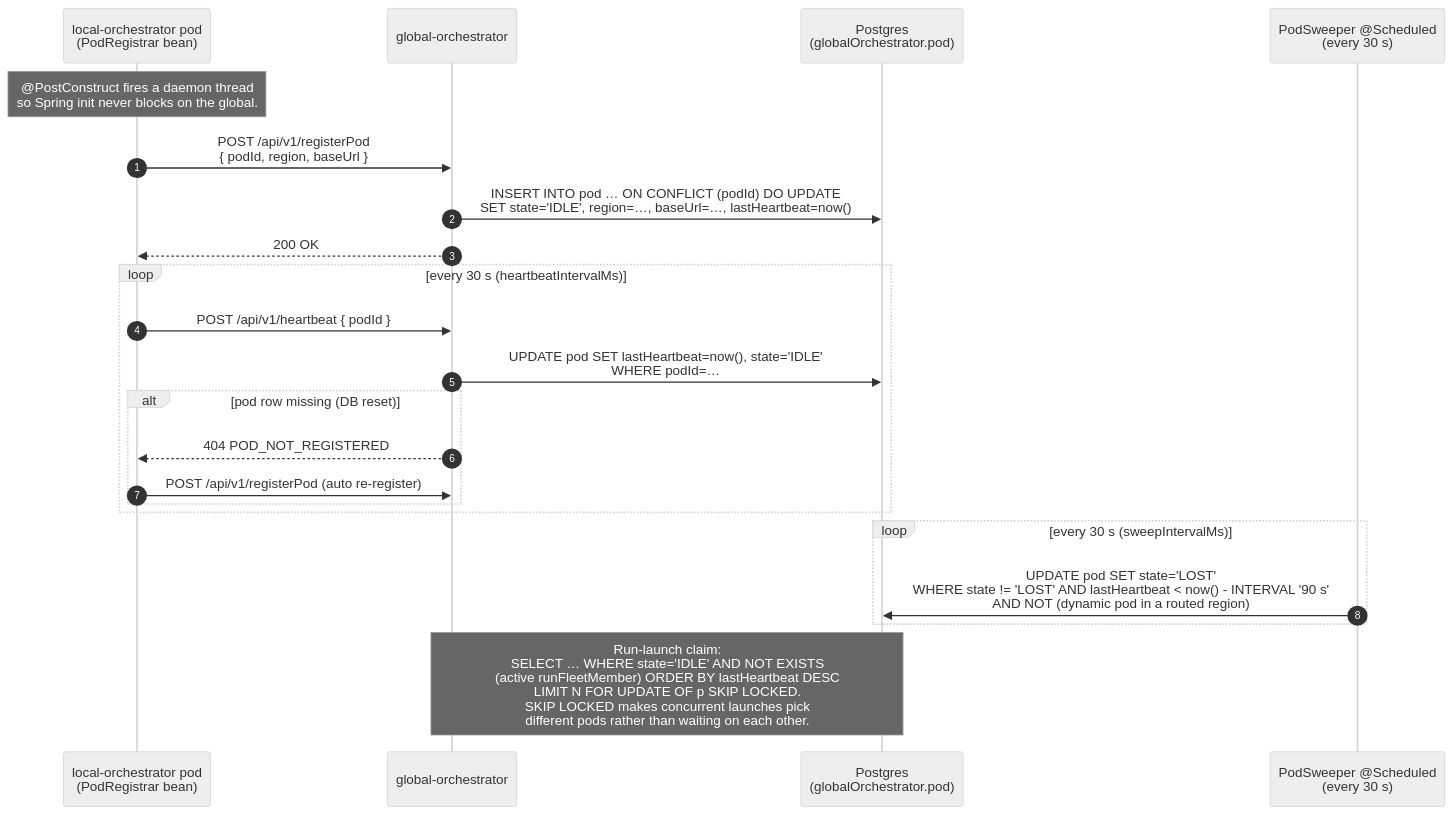
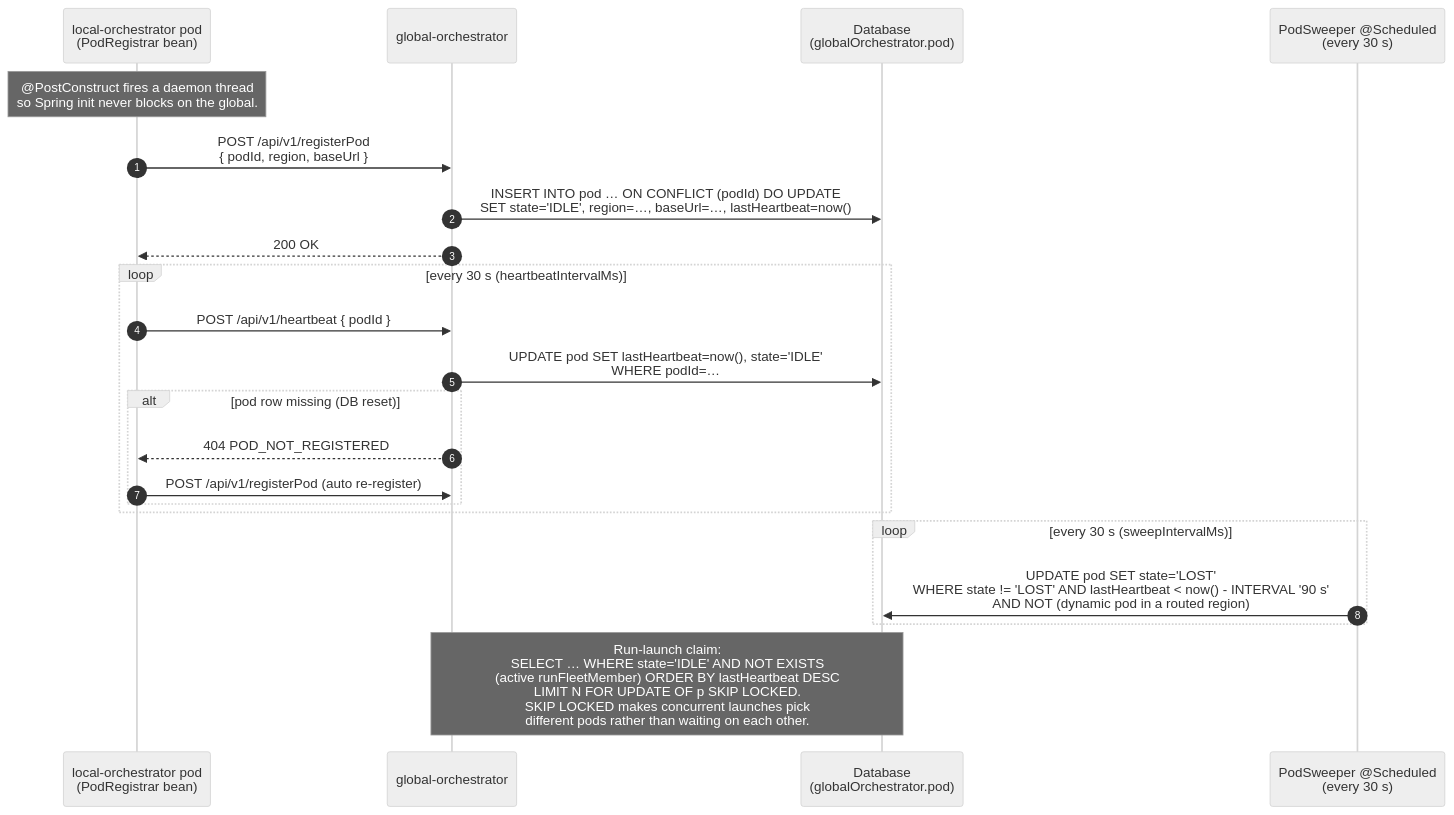
The third of 6 diagrams in docs/flowDiagrams.md (sharmakunal23/jmeter-cloud), drawn with Mermaid (neutral theme) before and after one commit. The commit also changed other lines of this file and 165 other files, not shown here.

First line of the commit message:
Migrate the platform from Postgres to Oracle Database

````diff
--- a/docs/flowDiagrams.md
+++ b/docs/flowDiagrams.md
@@ -114,29 +114,29 @@
 ```mermaid
 sequenceDiagram
     autonumber
     participant LO as local-orchestrator pod<br/>(PodRegistrar bean)
     participant GO as global-orchestrator
-    participant PG as Postgres<br/>(globalOrchestrator.pod)
+    participant PG as Database<br/>(globalOrchestrator.pod)
     participant SW as PodSweeper @Scheduled<br/>(every 30 s)
 
     Note over LO: @PostConstruct fires a daemon thread<br/>so Spring init never blocks on the global.
 
     LO->>GO: POST /api/v1/registerPod<br/>{ podId, region, baseUrl }
     GO->>PG: INSERT INTO pod … ON CONFLICT (podId) DO UPDATE<br/>SET state='IDLE', region=…, baseUrl=…, lastHeartbeat=now()
     GO-->>LO: 200 OK
 
     loop every 30 s (heartbeatIntervalMs)
         LO->>GO: POST /api/v1/heartbeat { podId }
         GO->>PG: UPDATE pod SET lastHeartbeat=now(), state='IDLE'<br/>WHERE podId=…
         alt pod row missing (DB reset)
             GO-->>LO: 404 POD_NOT_REGISTERED
             LO->>GO: POST /api/v1/registerPod (auto re-register)
         end
     end
 
     loop every 30 s (sweepIntervalMs)
         SW->>PG: UPDATE pod SET state='LOST'<br/>WHERE state != 'LOST' AND lastHeartbeat < now() - INTERVAL '90 s'<br/>AND NOT (dynamic pod in a routed region)
     end
 
     Note over GO,PG: Run-launch claim:<br/>SELECT … WHERE state='IDLE' AND NOT EXISTS<br/>(active runFleetMember) ORDER BY lastHeartbeat DESC<br/>LIMIT N FOR UPDATE OF p SKIP LOCKED.<br/>SKIP LOCKED makes concurrent launches pick<br/>different pods rather than waiting on each other.
 ```
````
